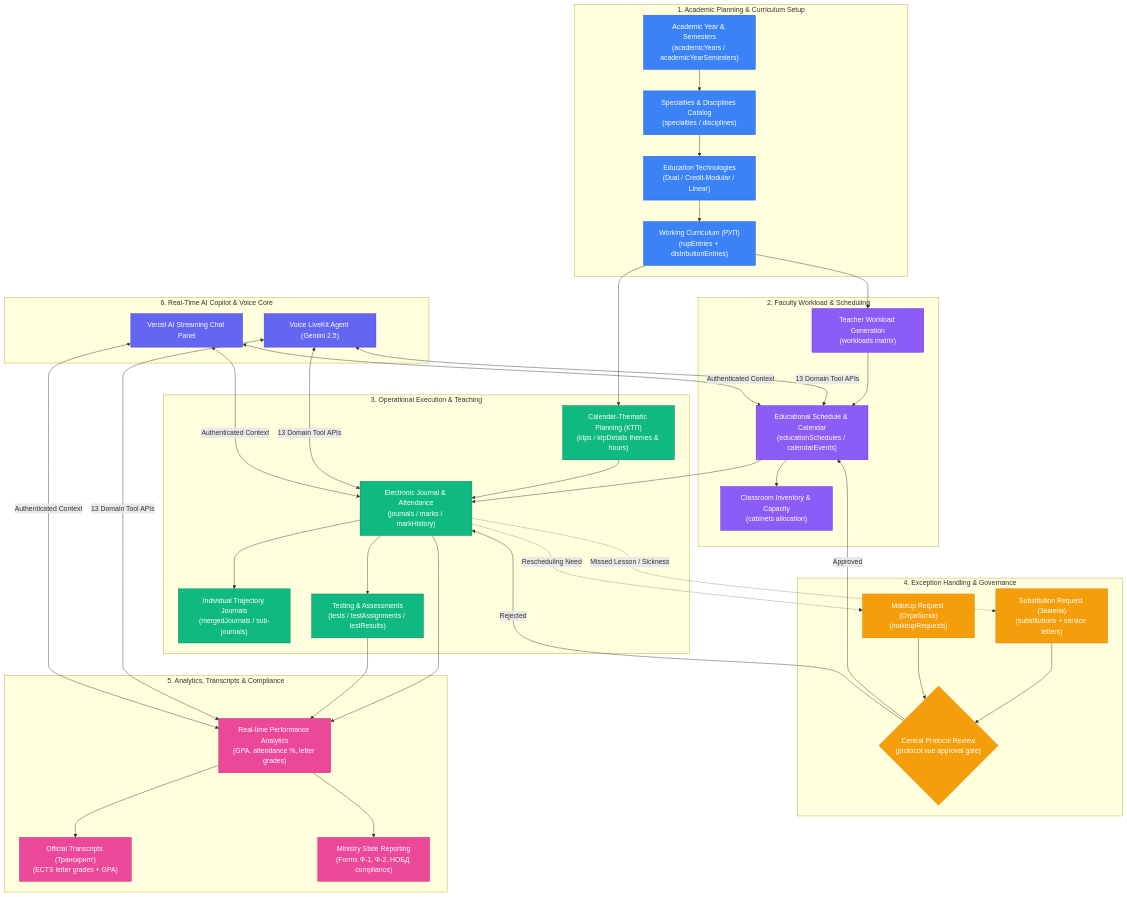
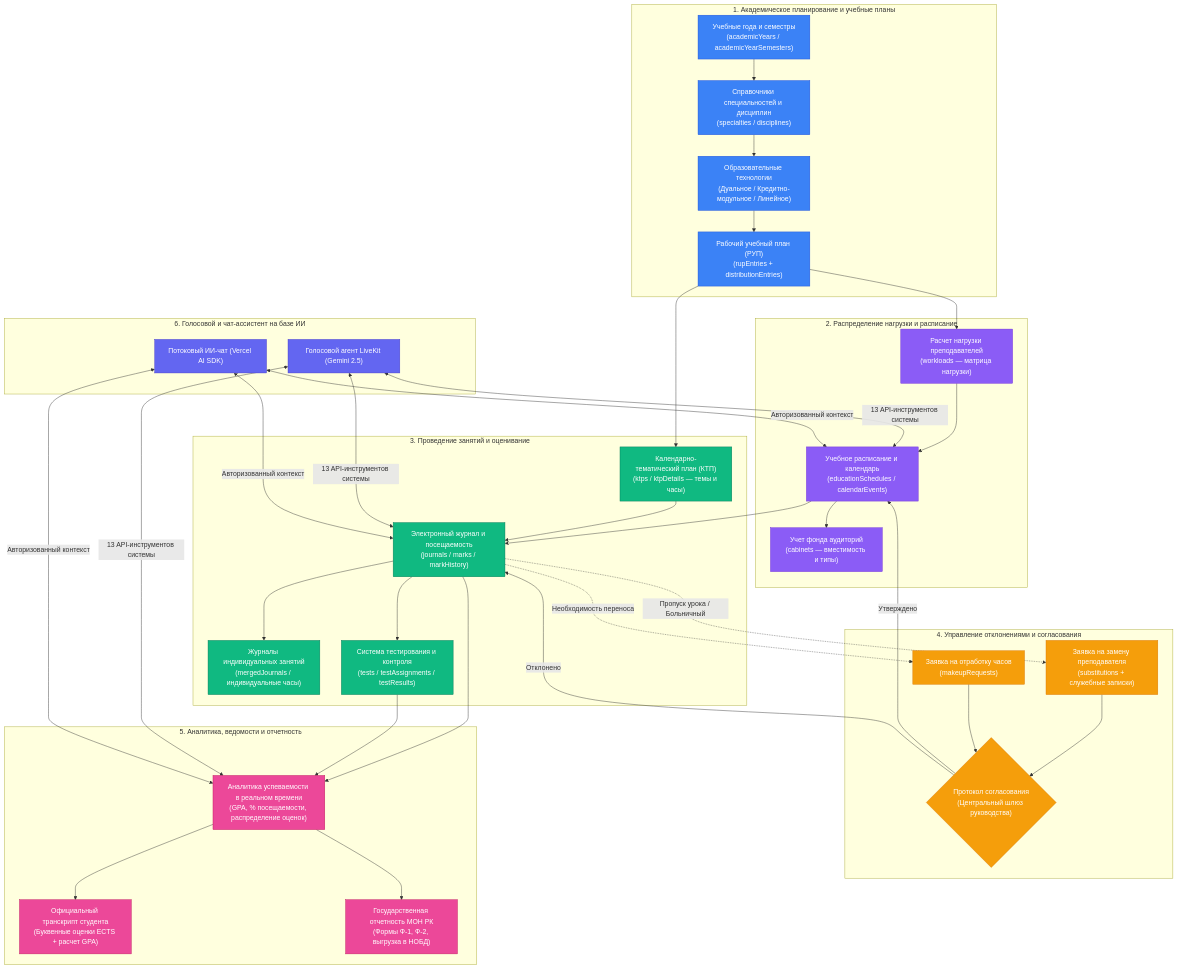
Before and after one commit to mars-edu/mars-2.0: the first of 5 diagrams in docs/PRODUCT_ROADMAP.md, drawn with Mermaid. The commit also changed other lines of this file, not shown here.

Commit message:
docs: translate product roadmap & mermaid diagrams to russian

````diff
--- a/docs/PRODUCT_ROADMAP.md
+++ b/docs/PRODUCT_ROADMAP.md
@@ -22,54 +22,54 @@
 ```mermaid
 flowchart TD
-    subgraph S1["1. Academic Planning & Curriculum Setup"]
-        A1["Academic Year & Semesters<br/>(academicYears / academicYearSemesters)"] --> A2["Specialties & Disciplines Catalog<br/>(specialties / disciplines)"]
-        A2 --> A3["Education Technologies<br/>(Dual / Credit-Modular / Linear)"]
-        A3 --> A4["Working Curriculum (РУП)<br/>(rupEntries + distributionEntries)"]
+    subgraph S1["1. Академическое планирование и учебные планы"]
+        A1["Учебные года и семестры<br/>(academicYears / academicYearSemesters)"] --> A2["Справочники специальностей и дисциплин<br/>(specialties / disciplines)"]
+        A2 --> A3["Образовательные технологии<br/>(Дуальное / Кредитно-модульное / Линейное)"]
+        A3 --> A4["Рабочий учебный план (РУП)<br/>(rupEntries + distributionEntries)"]
     end
 
-    subgraph S2["2. Faculty Workload & Scheduling"]
-        A4 --> B1["Teacher Workload Generation<br/>(workloads matrix)"]
-        B1 --> B2["Educational Schedule & Calendar<br/>(educationSchedules / calendarEvents)"]
-        B2 --> B3["Classroom Inventory & Capacity<br/>(cabinets allocation)"]
+    subgraph S2["2. Распределение нагрузки и расписание"]
+        A4 --> B1["Расчет нагрузки преподавателей<br/>(workloads — матрица нагрузки)"]
+        B1 --> B2["Учебное расписание и календарь<br/>(educationSchedules / calendarEvents)"]
+        B2 --> B3["Учет фонда аудиторий<br/>(cabinets — вместимость и типы)"]
     end
 
-    subgraph S3["3. Operational Execution & Teaching"]
-        A4 --> C1["Calendar-Thematic Planning (КТП)<br/>(ktps / ktpDetails themes & hours)"]
-        B2 & C1 --> C2["Electronic Journal & Attendance<br/>(journals / marks / markHistory)"]
-        C2 --> C3["Individual Trajectory Journals<br/>(mergedJournals / sub-journals)"]
-        C2 --> C4["Testing & Assessments<br/>(tests / testAssignments / testResults)"]
+    subgraph S3["3. Проведение занятий и оценивание"]
+        A4 --> C1["Календарно-тематический план (КТП)<br/>(ktps / ktpDetails — темы и часы)"]
+        B2 & C1 --> C2["Электронный журнал и посещаемость<br/>(journals / marks / markHistory)"]
+        C2 --> C3["Журналы индивидуальных занятий<br/>(mergedJournals / индивидуальные часы)"]
+        C2 --> C4["Система тестирования и контроля<br/>(tests / testAssignments / testResults)"]
     end
 
-    subgraph S4["4. Exception Handling & Governance"]
-        C2 -.->|Missed Lesson / Sickness| D1["Substitution Request (Замена)<br/>(substitutions + service letters)"]
-        C2 -.->|Rescheduling Need| D2["Makeup Request (Отработка)<br/>(makeupRequests)"]
-        D1 & D2 --> D3{"Central Protocol Review<br/>(protocol.vue approval gate)"}
-        D3 -->|Approved| B2
-        D3 -->|Rejected| C2
+    subgraph S4["4. Управление отклонениями и согласования"]
+        C2 -.->|Пропуск урока / Больничный| D1["Заявка на замену преподавателя<br/>(substitutions + служебные записки)"]
+        C2 -.->|Необходимость переноса| D2["Заявка на отработку часов<br/>(makeupRequests)"]
+        D1 & D2 --> D3{"Протокол согласования<br/>(Центральный шлюз руководства)"}
+        D3 -->|Утверждено| B2
+        D3 -->|Отклонено| C2
     end
 
-    subgraph S5["5. Analytics, Transcripts & Compliance"]
-        C2 & C4 --> E1["Real-time Performance Analytics<br/>(GPA, attendance %, letter grades)"]
-        E1 --> E2["Official Transcripts (Транскрипт)<br/>(ECTS letter grades + GPA)"]
-        E1 --> E3["Ministry State Reporting<br/>(Forms Ф-1, Ф-2, НОБД compliance)"]
+    subgraph S5["5. Аналитика, ведомости и отчетность"]
+        C2 & C4 --> E1["Аналитика успеваемости в реальном времени<br/>(GPA, % посещаемости, распределение оценок)"]
+        E1 --> E2["Официальный транскрипт студента<br/>(Буквенные оценки ECTS + расчет GPA)"]
+        E1 --> E3["Государственная отчетность МОН РК<br/>(Формы Ф-1, Ф-2, выгрузка в НОБД)"]
     end
 
-    subgraph S6["6. Real-Time AI Copilot & Voice Core"]
-        AI1["Voice LiveKit Agent (Gemini 2.5)"] <-->|13 Domain Tool APIs| C2 & B2 & E1
-        AI2["Vercel AI Streaming Chat Panel"] <-->|Authenticated Context| C2 & B2 & E1
+    subgraph S6["6. Голосовой и чат-ассистент на базе ИИ"]
+        AI1["Голосовой агент LiveKit (Gemini 2.5)"] <-->|13 API-инструментов системы| C2 & B2 & E1
+        AI2["Потоковый ИИ-чат (Vercel AI SDK)"] <-->|Авторизованный контекст| C2 & B2 & E1
     end
 
     classDef planning fill:#3B82F6,stroke:#1D4ED8,color:#fff;
     classDef workload fill:#8B5CF6,stroke:#6D28D9,color:#fff;
     classDef execution fill:#10B981,stroke:#047857,color:#fff;
     classDef protocol fill:#F59E0B,stroke:#D97706,color:#fff;
     classDef analytics fill:#EC4899,stroke:#BE185D,color:#fff;
     classDef ai fill:#6366F1,stroke:#4338CA,color:#fff;
 
     class A1,A2,A3,A4 planning;
     class B1,B2,B3 workload;
     class C1,C2,C3,C4 execution;
     class D1,D2,D3 protocol;
     class E1,E2,E3 analytics;
     class AI1,AI2 ai;
 ```
````
